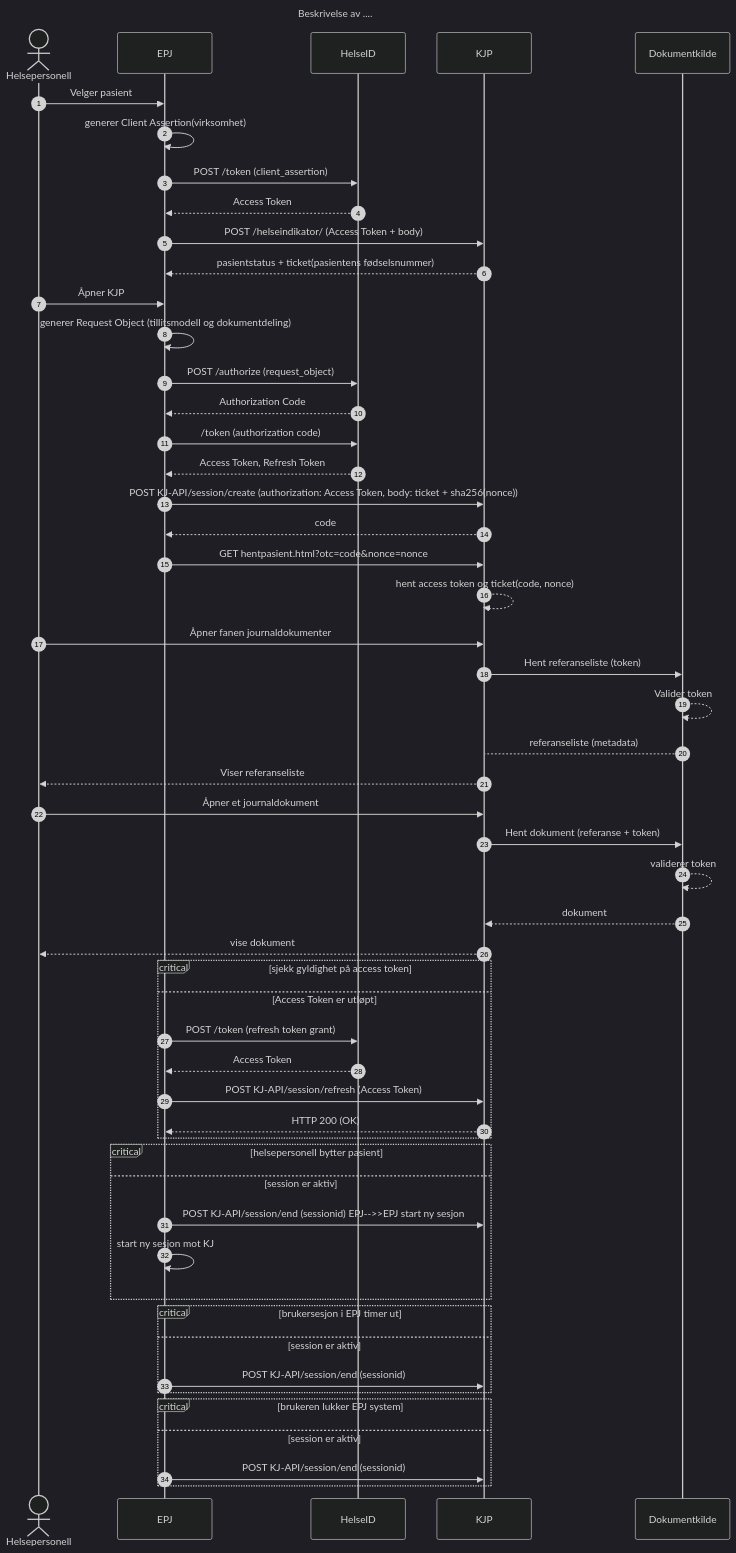
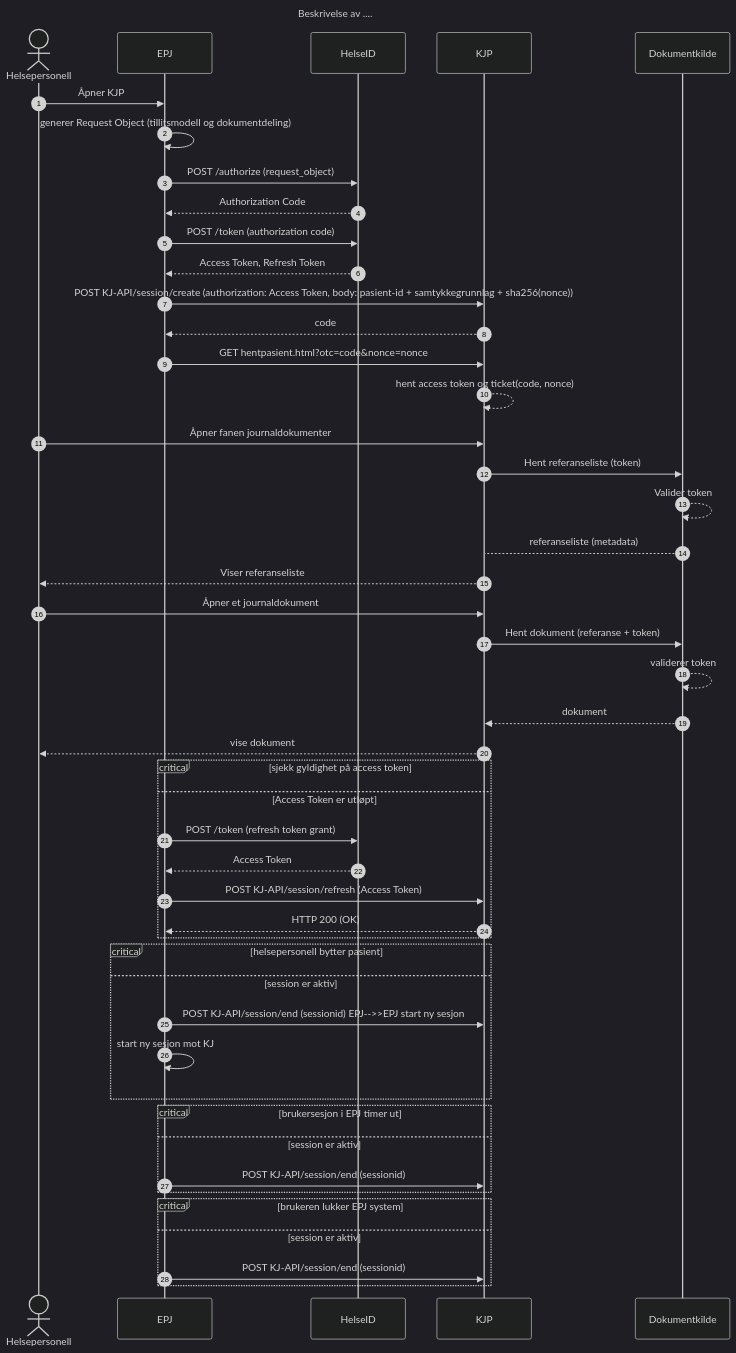
Before and after one commit to NorskHelsenett/Tillitsrammeverk: the diagram in specs/dokumentdeling_overordnet_spec.md, drawn with Mermaid (dark theme). The commit also changed other lines of this file, not shown here.

Commit message:
Fjernet referanser til ticket mekanismen i KJ

`````diff
--- a/specs/dokumentdeling_overordnet_spec.md
+++ b/specs/dokumentdeling_overordnet_spec.md
@@ -65,65 +65,59 @@
 ````mermaid
 sequenceDiagram 
   autonumber
   title Beskrivelse av ....
   actor HP as Helsepersonell
   participant EPJ
   participant HelseID
   participant KJP
   participant Dokumentkilde
 
-  HP->>EPJ: Velger pasient
-  EPJ->>EPJ: generer Client Assertion(virksomhet)
-  EPJ->>HelseID: POST /token (client_assertion)
-  HelseID-->>EPJ: Access Token
-  EPJ->>KJP: POST /helseindikator/ (Access Token + body)
-  KJP-->>EPJ: pasientstatus + ticket(pasientens fødselsnummer)
   HP->>EPJ: Åpner KJP
   EPJ->>EPJ: generer Request Object (tillitsmodell og dokumentdeling)
   EPJ->>HelseID: POST /authorize (request_object)
   HelseID-->>EPJ: Authorization Code
-  EPJ->>HelseID: /token (authorization code)
+  EPJ->>HelseID: POST /token (authorization code)
   HelseID-->>EPJ: Access Token, Refresh Token
-  EPJ->>KJP: POST KJ-API/session/create (authorization: Access Token, body: ticket + sha256(nonce))
+  EPJ->>KJP: POST KJ-API/session/create (authorization: Access Token, body: pasient-id + samtykkegrunnlag + sha256(nonce))
   KJP-->>EPJ: code
   EPJ->>KJP: GET hentpasient.html?otc=code&nonce=nonce
   KJP-->>KJP: hent access token og ticket(code, nonce)
   HP->>KJP: Åpner fanen journaldokumenter
   KJP->>Dokumentkilde: Hent referanseliste (token)
  
   Dokumentkilde-->>Dokumentkilde: Valider token
   Dokumentkilde-->KJP: referanseliste (metadata)
  
   KJP-->>HP: Viser referanseliste
   HP->>KJP: Åpner et journaldokument
   KJP->>Dokumentkilde: Hent dokument (referanse + token)
   Dokumentkilde-->>Dokumentkilde: validerer token
   Dokumentkilde-->>KJP: dokument
   KJP-->>HP: vise dokument
 
   critical sjekk gyldighet på access token
 
     option Access Token er utløpt
         EPJ->>HelseID: POST /token (refresh token grant)
         HelseID-->>EPJ: Access Token
         EPJ->>KJP: POST KJ-API/session/refresh (Access Token) 
         KJP-->>EPJ: HTTP 200 (OK)
   end
 
   critical helsepersonell bytter pasient
   option session er aktiv
     EPJ->>KJP: POST KJ-API/session/end (sessionid) EPJ-->>EPJ start ny sesjon
     EPJ->>EPJ: start ny sesjon mot KJ
   end
   
   critical brukersesjon i EPJ timer ut
   option session er aktiv
     EPJ->>KJP: POST KJ-API/session/end (sessionid)
   end
 
   critical brukeren lukker EPJ system
   option session er aktiv
     EPJ->>KJP: POST KJ-API/session/end (sessionid)
 
 end 
 ````
`````
